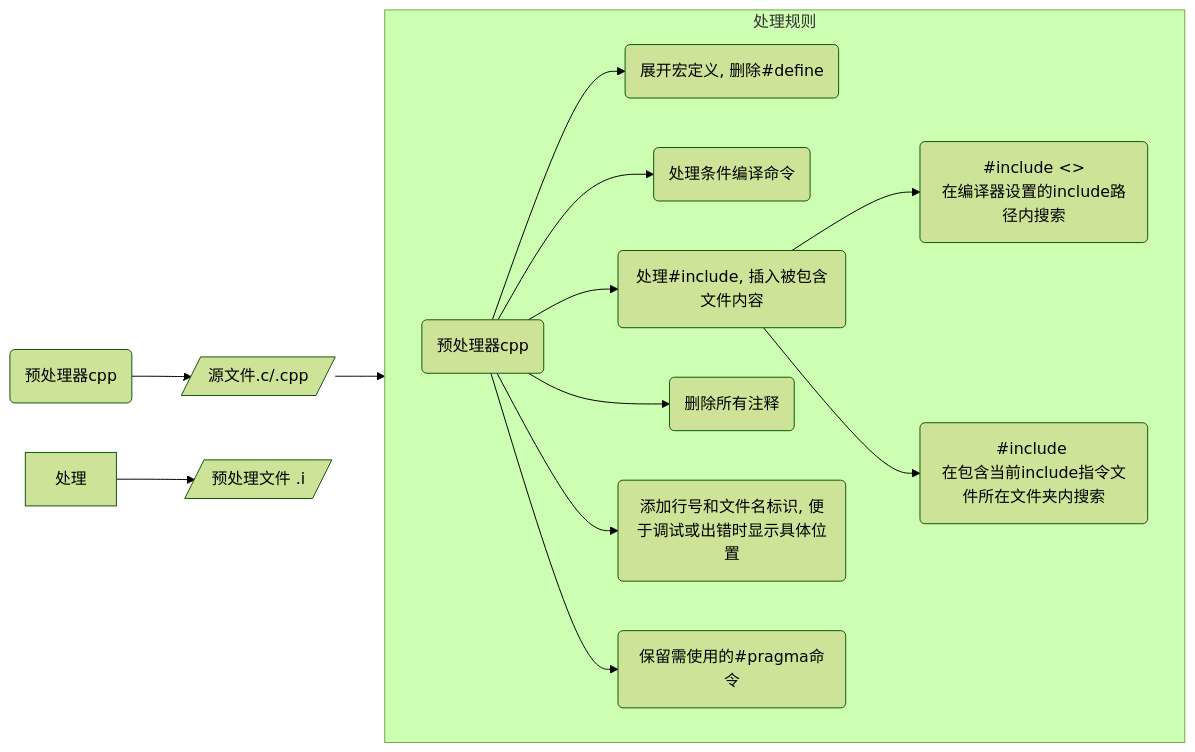
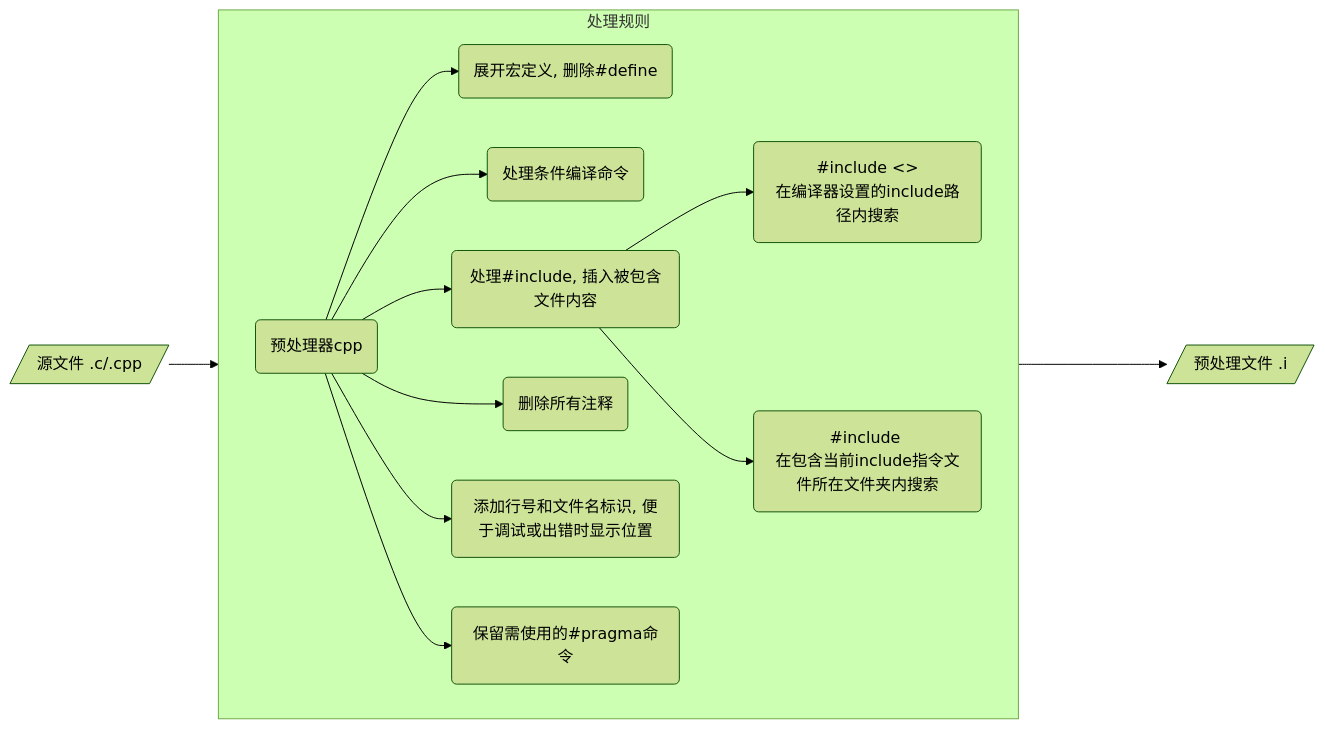
The second of 6 diagrams in _posts/Language/C&C++/Compile/2021-06-15-编译过程.md (dmjcb/dmjcb.github.io), drawn with Mermaid (forest theme) before and after one commit. The commit also changed other lines of this file and 7 other files, not shown here.

````diff
--- a/_posts/Language/C&C++/Compile/2021-06-15-编译过程.md
+++ b/_posts/Language/C&C++/Compile/2021-06-15-编译过程.md
@@ -35,24 +35,18 @@
 ```mermaid
 graph LR;
-    X(预处理器cpp)
-
-    P[/源文件.c/.cpp/]
-
-    I[/预处理文件 .i/]
-
     subgraph 处理规则
         direction LR
         A(预处理器cpp)
             A --> B(展开宏定义, 删除#define)
             A --> C(处理条件编译命令)
             A --> D(处理#include, 插入被包含文件内容)
                 D --> D1(#include <><br>在编译器设置的include路径内搜索)
                 D --> D2(#include ""<br>在包含当前include指令文件所在文件夹内搜索)
             A --> E(删除所有注释)
-            A --> F(添加行号和文件名标识, 便于调试或出错时显示具体位置)
+            A --> F(添加行号和文件名标识, 便于调试或出错时显示位置)
             A --> G(保留需使用的#pragma命令)
     end
 
-    X --> P --> A 
-    处理 --> I
+    P[/源文件 .c/.cpp/] --> A 
+    处理规则 ----> I[/预处理文件 .i/]
 ```
````
